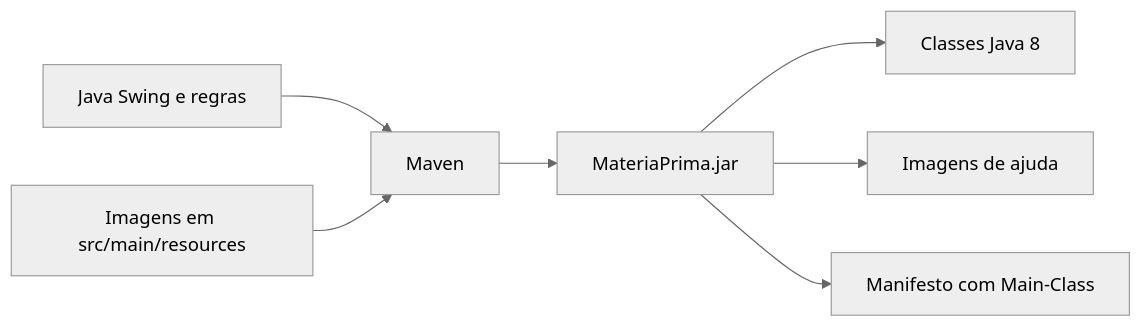
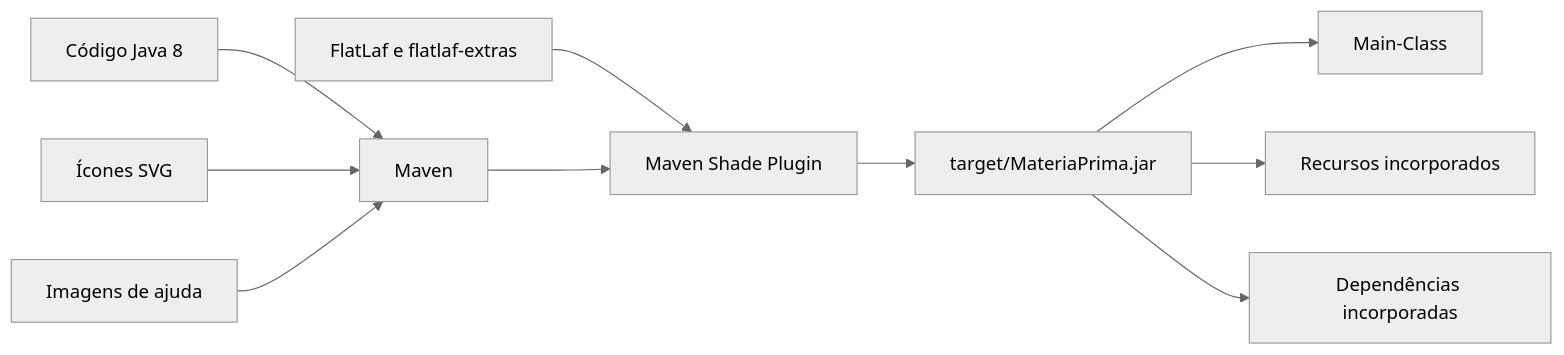
Before and after one commit to rafaelcpinto/MateriaPrima: the third of 3 diagrams in docs/uml.md, drawn with Mermaid (neutral theme). The commit also changed other lines of this file and 33 other files, not shown here.

````diff
--- a/docs/uml.md
+++ b/docs/uml.md
@@ -195,9 +190,12 @@
 ```mermaid
 flowchart LR
-    SRC[Java Swing e regras] --> MVN[Maven]
-    IMG[Imagens em src/main/resources] --> MVN
-    MVN --> JAR[MateriaPrima.jar]
-    JAR --> CLS[Classes Java 8]
-    JAR --> RES[Imagens de ajuda]
-    JAR --> MAN[Manifesto com Main-Class]
+    SRC[Código Java 8] --> MVN[Maven]
+    SVG[Ícones SVG] --> MVN
+    IMG[Imagens de ajuda] --> MVN
+    FLAT[FlatLaf e flatlaf-extras] --> SHADE[Maven Shade Plugin]
+    MVN --> SHADE
+    SHADE --> JAR[target/MateriaPrima.jar]
+    JAR --> MAIN[Main-Class]
+    JAR --> RES[Recursos incorporados]
+    JAR --> DEP[Dependências incorporadas]
 ```
````
